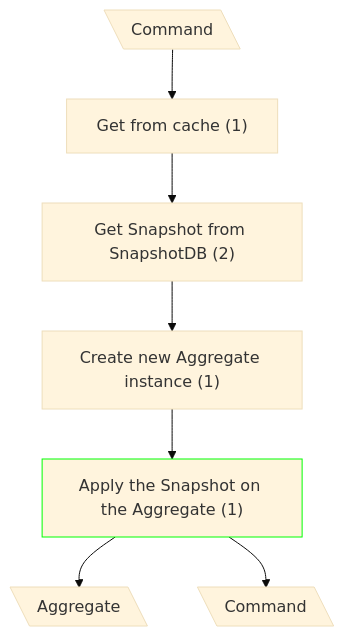
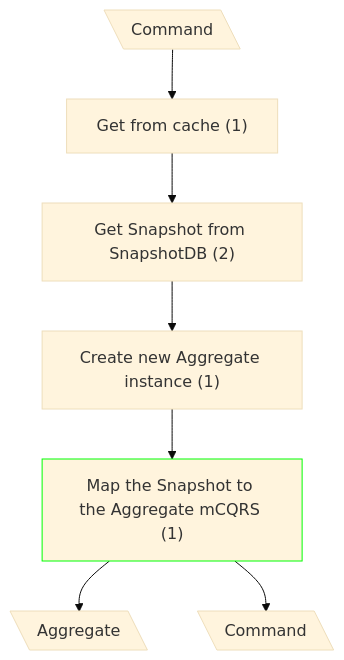
One commit to dmitryhruzin/CQRS-variations-test changed the second of 4 diagrams in docs/CF Complexity/Classical CQRS -> mCQRS/update.md. Above: the diagram before and after it, drawn with Mermaid (base theme). The commit also changed other lines of this file and 5 other files, not shown here.

Commit message:
docs: update classical CQRS update flow

````diff
--- a/docs/CF Complexity/Classical CQRS -> mCQRS/update.md
+++ b/docs/CF Complexity/Classical CQRS -> mCQRS/update.md
@@ -23,11 +24,11 @@
 ```mermaid
 flowchart TD
   classDef mod stroke:#0f0
   A@{ shape: lean-l, label: "Command" }
   A --> B["Get from cache (1)"]
   B --> C["Get Snapshot from SnapshotDB (2)"]
   C --> D["Create new Aggregate instance (1)"]
-  D --> E["Apply the Snapshot on the Aggregate (1)"]:::mod
+  D --> E["Map the Snapshot to the Aggregate mCQRS (1)"]:::mod
   E --> I@{ shape: lean-l, label: "Aggregate" }
   E --> J@{ shape: lean-l, label: "Command" }
 ```
````
